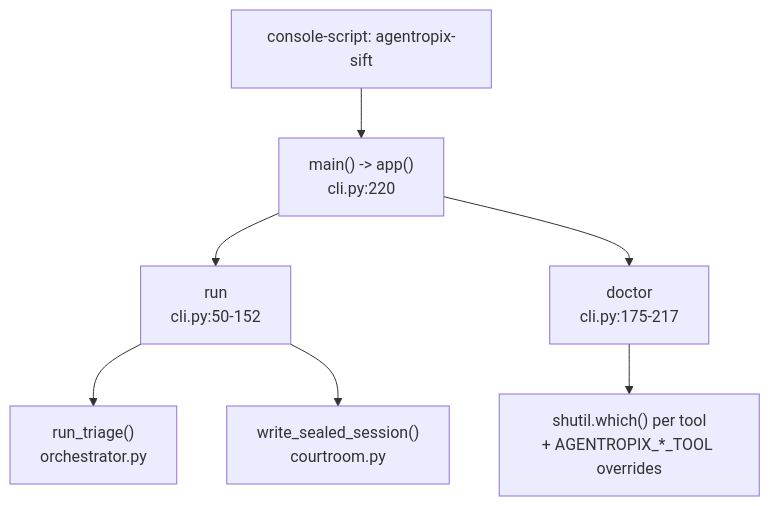
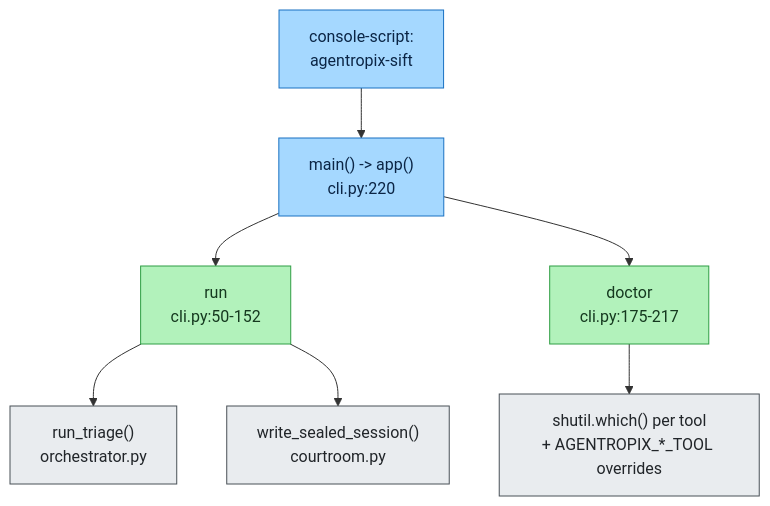
Before and after one commit to galvangabriel-web/agentropix-mcp: the first of 2 diagrams in docs/08-reference/cli-reference.md, drawn with Mermaid. The commit also changed 20 other files, not shown here.

First line of the commit message:
Diagram readability pass (workflow): redesign diagrams for size/clarity + audit log

````diff
--- a/docs/08-reference/cli-reference.md
+++ b/docs/08-reference/cli-reference.md
@@ -17,9 +17,17 @@
 ```mermaid
 graph TD
-  entry["console-script: agentropix-sift"] --> main["main() -> app()<br/>cli.py:220"]
+  entry["console-script:<br/>agentropix-sift"] --> main["main() -> app()<br/>cli.py:220"]
   main --> run["run<br/>cli.py:50-152"]
   main --> doctor["doctor<br/>cli.py:175-217"]
   run --> triage["run_triage()<br/>orchestrator.py"]
   run --> seal["write_sealed_session()<br/>courtroom.py"]
   doctor --> which["shutil.which() per tool<br/>+ AGENTROPIX_*_TOOL overrides"]
+
+  classDef api fill:#a5d8ff,stroke:#1971c2,color:#0b2545
+  classDef core fill:#b2f2bb,stroke:#2f9e44,color:#15391f
+  classDef ext fill:#e9ecef,stroke:#495057,color:#212529
+
+  class entry,main api
+  class run,doctor core
+  class triage,seal,which ext
 ```
````
